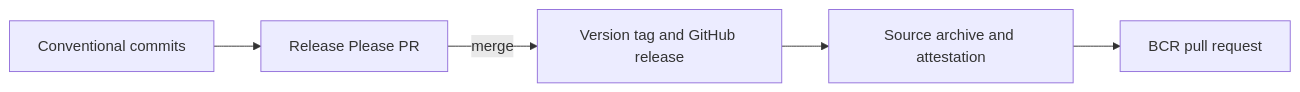
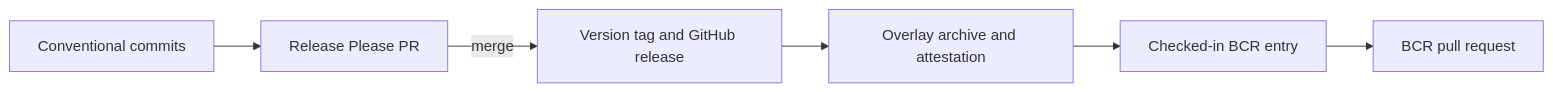
Before and after one commit to formatjs/hermes: the diagram in docs/releasing.md, drawn with Mermaid. The commit also changed other lines of this file and 38 other files, not shown here.

````diff
--- a/docs/releasing.md
+++ b/docs/releasing.md
@@ -31,7 +31,8 @@
 ```mermaid
 flowchart LR
   commit[Conventional commits] --> pr[Release Please PR]
   pr -->|merge| tag[Version tag and GitHub release]
-  tag --> assets[Source archive and attestation]
-  assets --> bcr[BCR pull request]
+  tag --> assets[Overlay archive and attestation]
+  assets --> entry[Checked-in BCR entry]
+  entry --> bcr[BCR pull request]
 ```
````
